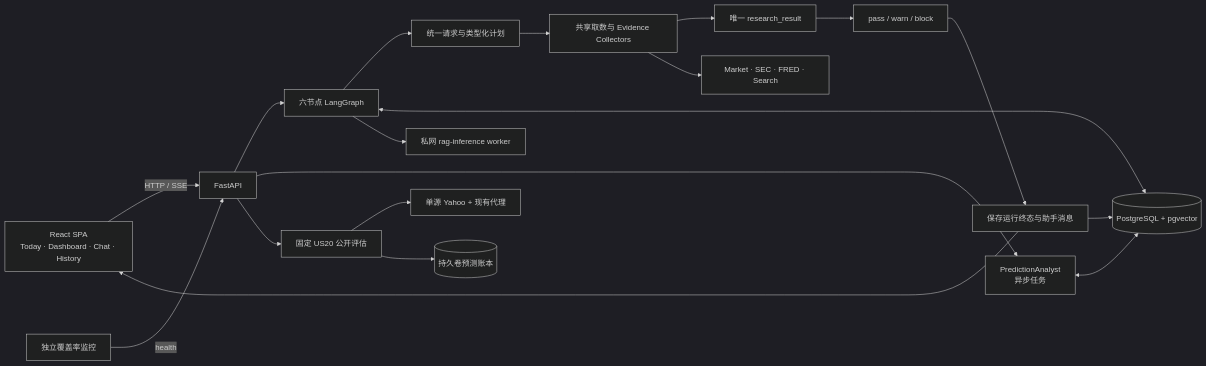
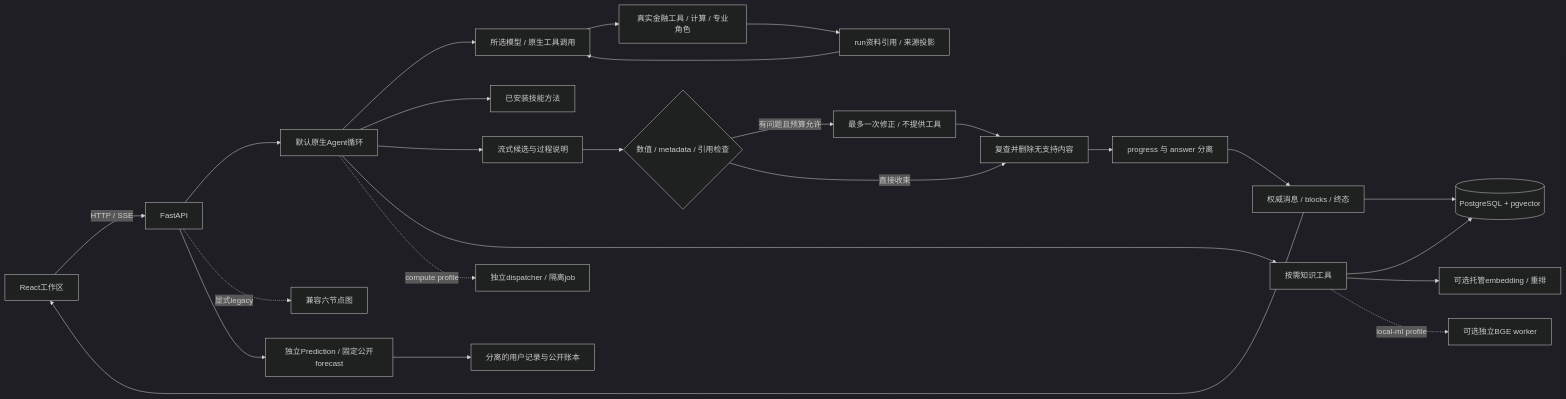
Before and after one commit to kkkano/FinSight: the diagram in README.md, drawn with Mermaid (dark theme). The commit also changed other lines of this file and 16 other files, not shown here.

Commit message:
document native research architecture and operations

````diff
--- a/README.md
+++ b/README.md
@@ -61,21 +29,27 @@
 ```mermaid
 flowchart LR
-    UI[React SPA\nToday · Dashboard · Chat · History] -->|HTTP / SSE| API[FastAPI]
-    API --> GRAPH[六节点 LangGraph]
-    GRAPH --> REQUEST[统一请求与类型化计划]
-    REQUEST --> COLLECT[共享取数与 Evidence Collectors]
-    COLLECT --> RESULT[唯一 research_result]
-    RESULT --> QUALITY[pass / warn / block]
-    QUALITY --> DELIVERY[保存运行终态与助手消息]
-    DELIVERY --> UI
-    API --> PRED[PredictionAnalyst\n异步任务]
-    COLLECT --> PROVIDERS[Market · SEC · FRED · Search]
-    GRAPH <--> PG[(PostgreSQL + pgvector)]
-    DELIVERY --> PG
-    GRAPH --> WORKER[私网 rag-inference worker]
-    PRED <--> PG
-    API --> BENCH[固定 US20 公开评估]
-    BENCH --> YAHOO[单源 Yahoo + 现有代理]
-    BENCH --> LEDGER[(持久卷预测账本)]
-    WATCH[独立覆盖率监控] -->|health| API
+    UI[React工作区] -->|HTTP / SSE| API[FastAPI]
+    API --> LOOP[默认原生Agent循环]
+    LOOP --> MODEL[所选模型 / 原生工具调用]
+    MODEL --> TOOLS[真实金融工具 / 计算 / 专业角色]
+    TOOLS --> DATA[run资料引用 / 来源投影]
+    DATA --> MODEL
+    LOOP --> SKILL[已安装技能方法]
+    LOOP --> CANDIDATE[流式候选与过程说明]
+    CANDIDATE --> GATE{数值 / metadata / 引用检查}
+    GATE -->|有问题且预算允许| REPAIR[最多一次修正 / 不提供工具]
+    REPAIR --> FINAL[复查并删除无支持内容]
+    GATE -->|直接收束| FINAL
+    FINAL --> PHASE[progress 与 answer 分离]
+    PHASE --> SAVE[权威消息 / blocks / 终态]
+    SAVE --> UI
+    SAVE --> PG[(PostgreSQL + pgvector)]
+    LOOP --> KNOW[按需知识工具]
+    KNOW --> PG
+    KNOW --> REMOTE[可选托管embedding / 重排]
+    LOOP -. compute profile .-> JOB[独立dispatcher / 隔离job]
+    KNOW -. local-ml profile .-> ML[可选独立BGE worker]
+    API -. 显式legacy .-> GRAPH[兼容六节点图]
+    API --> PRED[独立Prediction / 固定公开forecast]
+    PRED --> LEDGER[分离的用户记录与公开账本]
 ```
````
